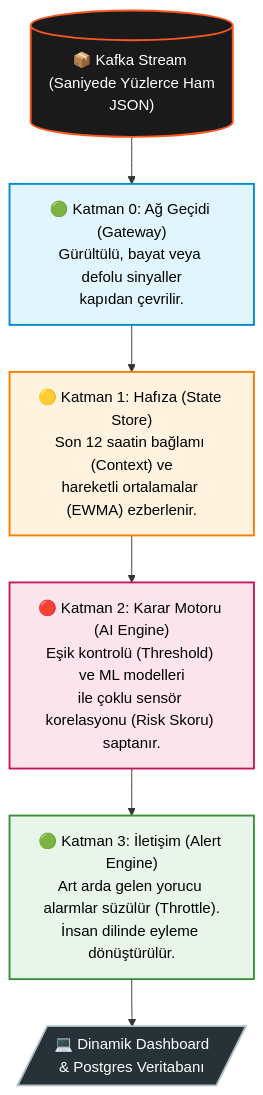
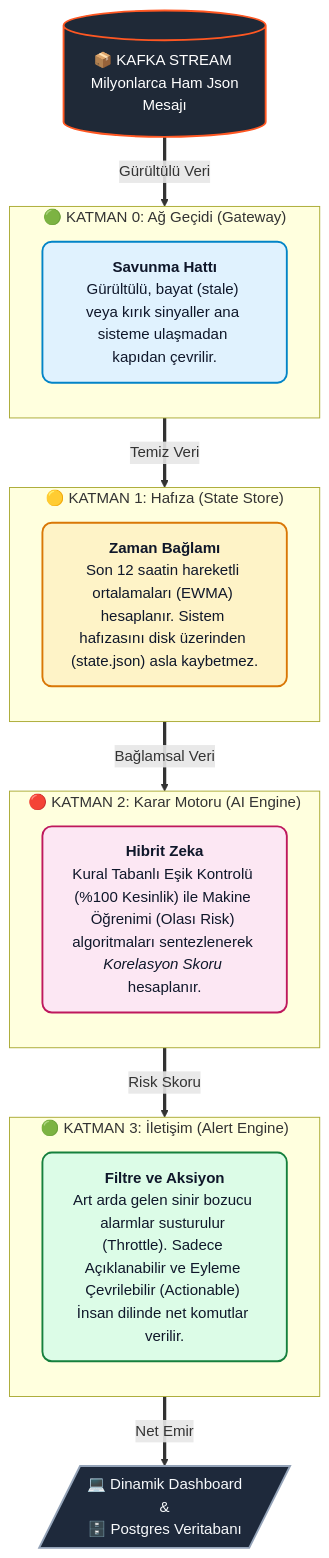
One commit to RAhsencicek/codleanMES changed the diagram in README.md. Above: the diagram before and after it, drawn with Mermaid. The commit also changed other lines of this file, not shown here.

Commit message:
docs: Ultimate visual and marketing overhaul of README with Dashboard screenshots and Mermaid flow

````diff
--- a/README.md
+++ b/README.md
@@ -50,26 +65,40 @@
 ```mermaid
 flowchart TD
-    %% Styling
-    classDef kafka fill:#1A1A1A,stroke:#FF5722,stroke-width:2px,color:#FFF
-    classDef layer0 fill:#E1F5FE,stroke:#0288D1,stroke-width:2px,color:#000
-    classDef layer1 fill:#FFF3E0,stroke:#F57C00,stroke-width:2px,color:#000
-    classDef layer2 fill:#FCE4EC,stroke:#C2185B,stroke-width:2px,color:#000
-    classDef layer3 fill:#E8F5E9,stroke:#388E3C,stroke-width:2px,color:#000
-    classDef external fill:#263238,stroke:#B0BEC5,stroke-width:2px,color:#FFF
+    %% Katman Renkleri ve Stilleri
+    classDef kafka fill:#1f2937,stroke:#FF5722,stroke-width:2px,color:#FFF,rx:10,ry:10
+    classDef layer0 fill:#e0f2fe,stroke:#0284c7,stroke-width:2px,color:#0f172a,rx:10,ry:10
+    classDef layer1 fill:#fef3c7,stroke:#d97706,stroke-width:2px,color:#0f172a,rx:10,ry:10
+    classDef layer2 fill:#fce7f3,stroke:#be185d,stroke-width:2px,color:#0f172a,rx:10,ry:10
+    classDef layer3 fill:#dcfce7,stroke:#15803d,stroke-width:2px,color:#0f172a,rx:10,ry:10
+    classDef external fill:#1e293b,stroke:#94a3b8,stroke-width:2px,color:#f8fafc,rx:10,ry:10
 
-    %% Data Source
-    KAFKA[("📦 Kafka Stream <br> (Saniyede Yüzlerce Ham JSON)")]:::kafka
+    KAFKA[("📦 KAFKA STREAM <br> Milyonlarca Ham Json Mesajı")]:::kafka
 
-    %% Layers
-    L0["🟢 Katman 0: Ağ Geçidi (Gateway)<br>Gürültülü, bayat veya defolu sinyaller<br>kapıdan çevrilir."]:::layer0
-    
-    L1["🟡 Katman 1: Hafıza (State Store)<br>Son 12 saatin bağlamı (Context) ve<br>hareketli ortalamalar (EWMA) ezberlenir."]:::layer1
-    
-    L2["🔴 Katman 2: Karar Motoru (AI Engine)<br>Eşik kontrolü (Threshold) ve ML modelleri<br>ile çoklu sensör korelasyonu (Risk Skoru) saptanır."]:::layer2
-    
-    L3["🟢 Katman 3: İletişim (Alert Engine)<br>Art arda gelen yorucu alarmlar süzülür (Throttle).<br>İnsan dilinde eyleme dönüştürülür."]:::layer3
+    subgraph K0 ["🟢 KATMAN 0: Ağ Geçidi (Gateway)"]
+    direction TB
+    L0["<b>Savunma Hattı</b><br>Gürültülü, bayat (stale) veya kırık sinyaller ana sisteme ulaşmadan kapıdan çevrilir."]:::layer0
+    end
 
-    OUT[/"💻 Dinamik Dashboard<br>& Postgres Veritabanı"/]:::external
+    subgraph K1 ["🟡 KATMAN 1: Hafıza (State Store)"]
+    direction TB
+    L1["<b>Zaman Bağlamı</b><br>Son 12 saatin hareketli ortalamaları (EWMA) hesaplanır. Sistem hafızasını disk üzerinden (state.json) asla kaybetmez."]:::layer1
+    end
 
-    KAFKA --> L0 --> L1 --> L2 --> L3 --> OUT
+    subgraph K2 ["🔴 KATMAN 2: Karar Motoru (AI Engine)"]
+    direction TB
+    L2["<b>Hibrit Zeka</b><br>Kural Tabanlı Eşik Kontrolü (%100 Kesinlik) ile Makine Öğrenimi (Olası Risk) algoritmaları sentezlenerek <i>Korelasyon Skoru</i> hesaplanır."]:::layer2
+    end
+
+    subgraph K3 ["🟢 KATMAN 3: İletişim (Alert Engine)"]
+    direction TB
+    L3["<b>Filtre ve Aksiyon</b><br>Art arda gelen sinir bozucu alarmlar susturulur (Throttle). Sadece Açıklanabilir ve Eyleme Çevrilebilir (Actionable) İnsan dilinde net komutlar verilir."]:::layer3
+    end
+
+    OUT[/"💻 Dinamik Dashboard <br>&<br> 🗄️ Postgres Veritabanı"/]:::external
+
+    KAFKA ==>|Gürültülü Veri| K0
+    K0 ==>|Temiz Veri| K1
+    K1 ==>|Bağlamsal Veri| K2
+    K2 ==>|Risk Skoru| K3
+    K3 ==>|Net Emir| OUT
 ```
````
